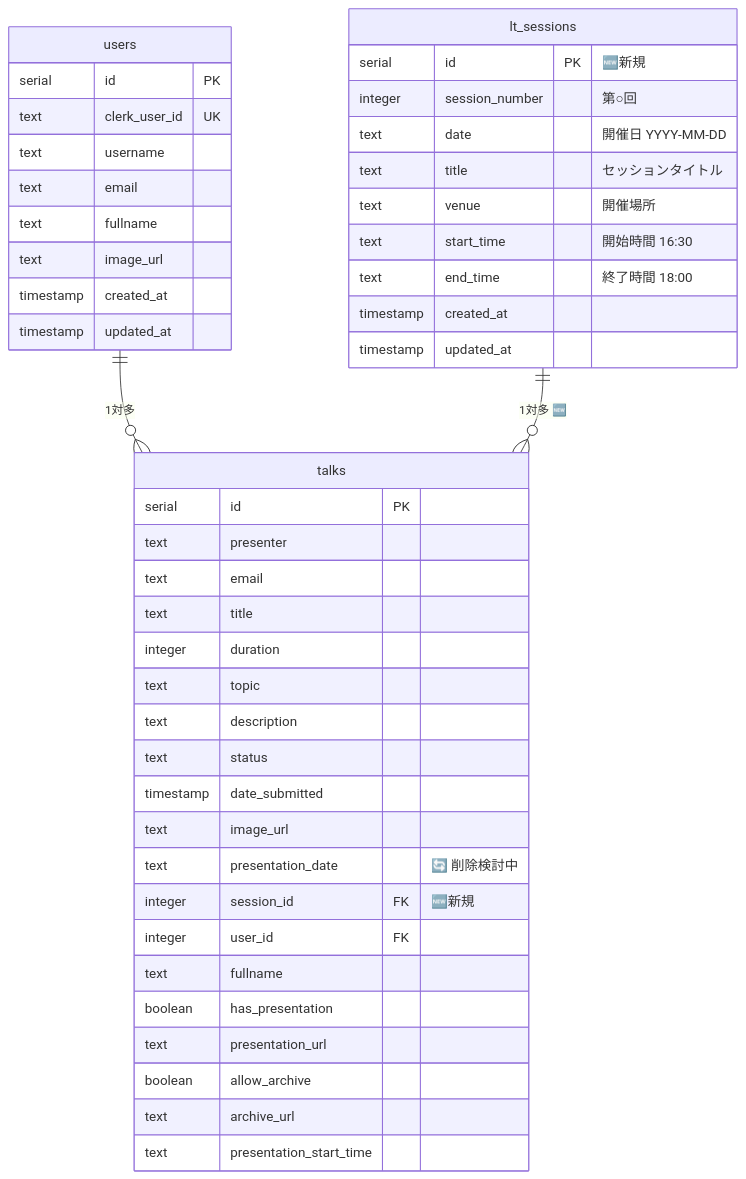
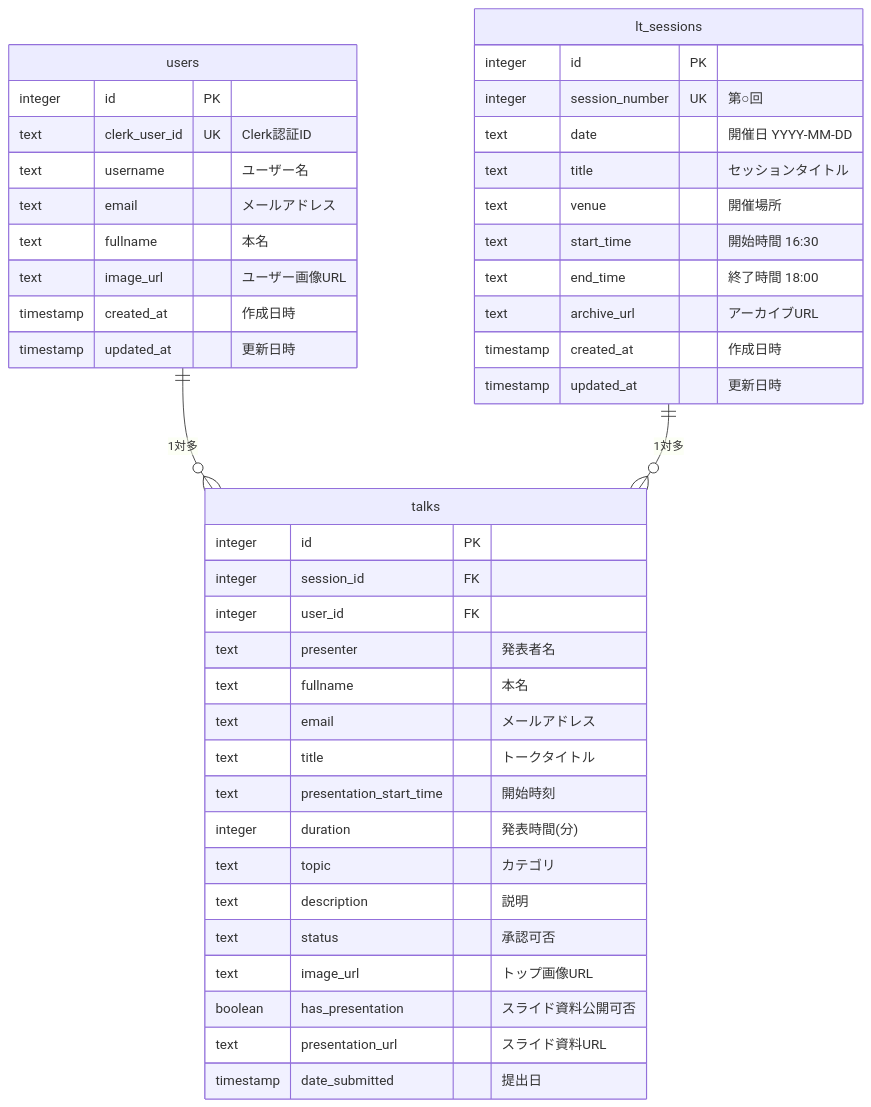
Before and after one commit to lvncer/lt: the diagram in docs/design/db.md, drawn with Mermaid. The commit also changed other lines of this file and 11 other files, not shown here.

````diff
--- a/docs/design/db.md
+++ b/docs/design/db.md
@@ -51,50 +5,48 @@
 ```mermaid
 erDiagram
     users {
-        serial id PK
-        text clerk_user_id UK
-        text username
-        text email
-        text fullname
-        text image_url
-        timestamp created_at
-        timestamp updated_at
+        integer id PK
+        text clerk_user_id UK "Clerk認証ID"
+        text username "ユーザー名"
+        text email "メールアドレス"
+        text fullname "本名"
+        text image_url "ユーザー画像URL"
+        timestamp created_at "作成日時"
+        timestamp updated_at "更新日時"
     }
 
     lt_sessions {
-        serial id PK "🆕新規"
-        integer session_number "第○回"
+        integer id PK
+        integer session_number UK "第○回"
         text date "開催日 YYYY-MM-DD"
         text title "セッションタイトル"
         text venue "開催場所"
         text start_time "開始時間 16:30"
         text end_time "終了時間 18:00"
-        timestamp created_at
-        timestamp updated_at
+        text archive_url "アーカイブURL"
+        timestamp created_at "作成日時"
+        timestamp updated_at "更新日時"
     }
 
     talks {
-        serial id PK
-        text presenter
-        text email
-        text title
-        integer duration
-        text topic
-        text description
-        text status
-        timestamp date_submitted
-        text image_url
-        text presentation_date "🔄 削除検討中"
-        integer session_id FK "🆕新規"
+        integer id PK
+        integer session_id FK
         integer user_id FK
-        text fullname
-        boolean has_presentation
-        text presentation_url
-        boolean allow_archive
-        text archive_url
-        text presentation_start_time
+        text presenter "発表者名"
+        text fullname "本名"
+        text email "メールアドレス"
+        text title "トークタイトル"
+        text presentation_start_time "開始時刻"
+        integer duration "発表時間(分)"
+        text topic "カテゴリ"
+        text description "説明"
+        text status "承認可否"
+        text image_url "トップ画像URL"
+        boolean has_presentation "スライド資料公開可否"
+        text presentation_url "スライド資料URL"
+        timestamp date_submitted "提出日"
     }
 
     users ||--o{ talks : "1対多"
-    lt_sessions ||--o{ talks : "1対多 🆕"
+    lt_sessions ||--o{ talks : "1対多"
 ```
````
